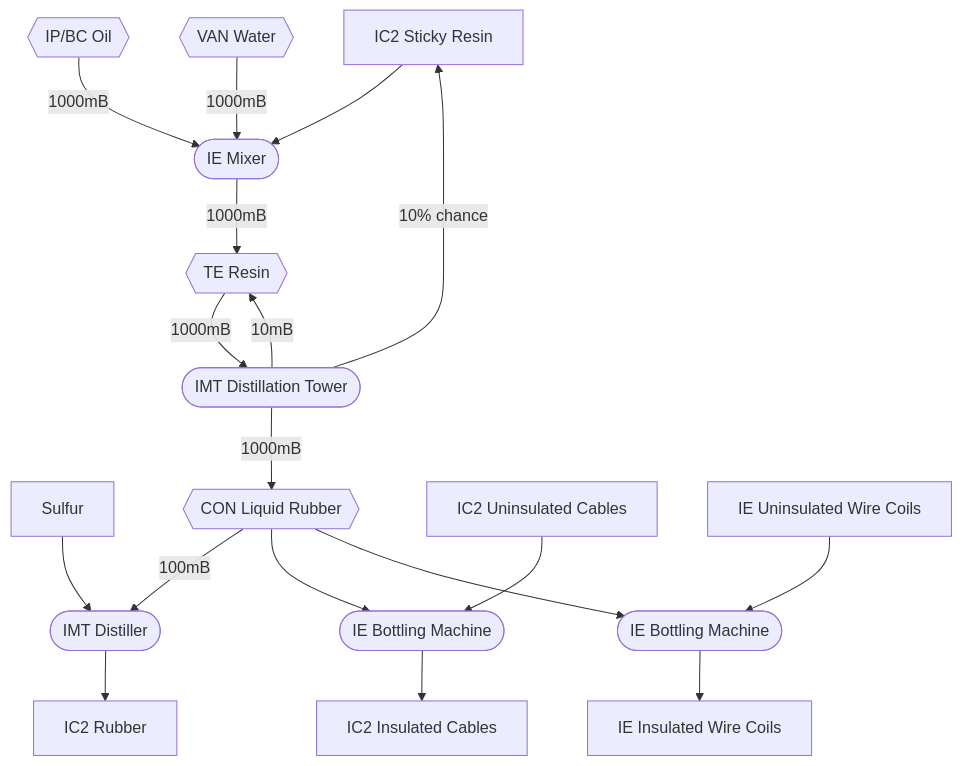
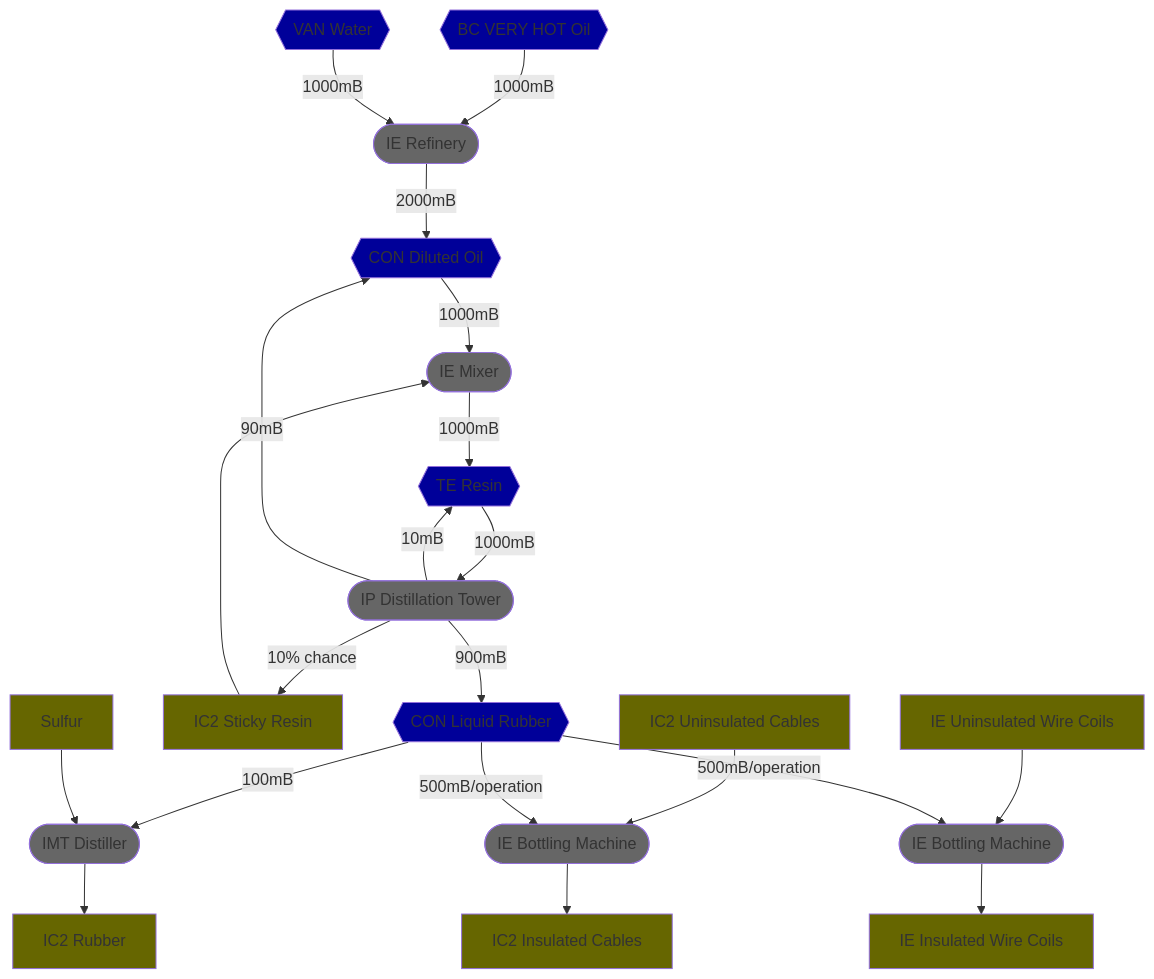
The diagram in docs/synthetic-rubber.md (bigyihsuan/progression-pack), drawn with Mermaid before and after one commit. The commit also changed other lines of this file and 49 other files, not shown here.

Commit message:
implement rubber, wires, cables

````diff
--- a/docs/synthetic-rubber.md
+++ b/docs/synthetic-rubber.md
@@ -5,37 +5,44 @@
 ```mermaid
-graph TD;
+flowchart TD
 
-sr[IC2 Sticky Resin]
-rb[IC2 Rubber]
-sf[Sulfur]
+classDef item fill:#660;
+classDef fluid fill:#009;
+classDef machine fill:#666;
 
-oil{{IP/BC Oil}}
-wat{{VAN Water}}
-res{{TE Resin}}
-lrb{{CON Liquid Rubber}}
+wat{{VAN Water}}:::fluid
+oil{{BC VERY HOT Oil}}:::fluid
+REF([IE Refinery]):::machine
+diloil{{CON Diluted Oil}}:::fluid
 
-DS1([IMT Distillation Tower])
-DIST([IMT Distiller])
-MIX([IE Mixer])
+DS1([IP Distillation Tower]):::machine
+MIX([IE Mixer]):::machine
+res{{TE Resin}}:::fluid
 
-oil & wat --1000mB--> MIX --1000mB--> res
+lrb{{CON Liquid Rubber}}:::fluid
+sr[IC2 Sticky Resin]:::item
+sf[Sulfur]:::item
+DIST([IMT Distiller]):::machine
+rb[IC2 Rubber]:::item
+
+BOT1([IE Bottling Machine]):::machine
+BOT2([IE Bottling Machine]):::machine
+cable[IC2 Uninsulated Cables]:::item
+insCable[IC2 Insulated Cables]:::item
+wire[IE Uninsulated Wire Coils]:::item
+insWire[IE Insulated Wire Coils]:::item
+
+diloil --1000mB--> MIX --1000mB--> res
+oil & wat --1000mB--> REF --2000mB--> diloil
 sr --> MIX
-res --1000mB--> DS1 --1000mB--> lrb
+res --1000mB--> DS1
 DS1 --10mB--> res
+DS1 --90mB--> diloil
+DS1 --900mB--> lrb
 DS1 --10% chance--> sr
+lrb --100mB--> DIST --> rb
 sf --> DIST
-lrb --100mB--> DIST --> rb
-
-
-BOT1([IE Bottling Machine])
-BOT2([IE Bottling Machine])
-cable[IC2 Uninsulated Cables]
-insCable[IC2 Insulated Cables]
-wire[IE Uninsulated Wire Coils]
-insWire[IE Insulated Wire Coils]
 
 cable --> BOT1 --> insCable
 wire --> BOT2 --> insWire
-lrb --> BOT1 & BOT2
-
+lrb --500mB/operation--> BOT1 & BOT2
 ```
````
